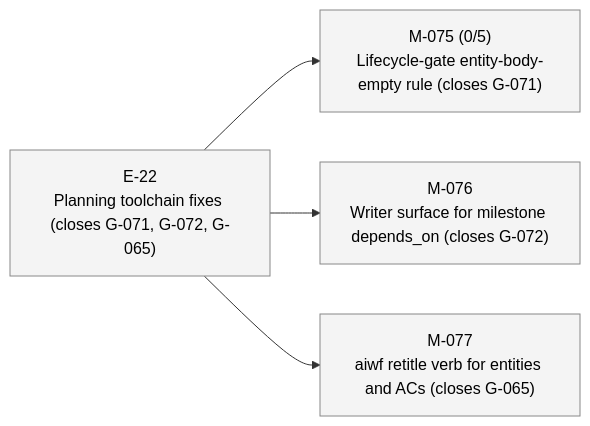
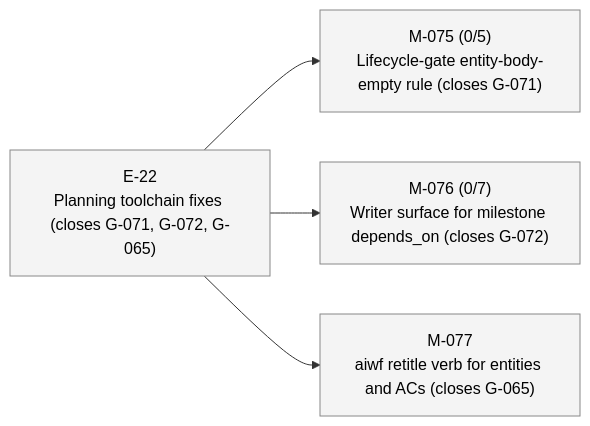
One commit to 23min/aiwf changed the third of 3 diagrams in STATUS.md. Above: the diagram before and after it, drawn with Mermaid. The commit also changed other lines of this file and 1 other file, not shown here.

````diff
--- a/STATUS.md
+++ b/STATUS.md
@@ -74,16 +74,16 @@
 ```mermaid
 flowchart LR
   E_22["E-22<br/>Planning toolchain fixes (closes G-071, G-072, G-065)"]:::epic_proposed
   M_075["M-075 (0/5)<br/>Lifecycle-gate entity-body-empty rule (closes G-071)"]:::ms_draft
   E_22 --> M_075
-  M_076["M-076<br/>Writer surface for milestone depends_on (closes G-072)"]:::ms_draft
+  M_076["M-076 (0/7)<br/>Writer surface for milestone depends_on (closes G-072)"]:::ms_draft
   E_22 --> M_076
   M_077["M-077<br/>aiwf retitle verb for entities and ACs (closes G-065)"]:::ms_draft
   E_22 --> M_077
   classDef epic_active fill:#d6eaff,stroke:#1a73e8,color:#000
   classDef epic_proposed fill:#f4f4f4,stroke:#888,color:#000
   classDef ms_done fill:#d8f5d8,stroke:#2a8a2a,color:#000
   classDef ms_in_progress fill:#fff3c4,stroke:#caa400,color:#000
   classDef ms_draft fill:#f4f4f4,stroke:#888,color:#000
   classDef ms_cancelled fill:#fbeaea,stroke:#c33,color:#000
 ```
````
